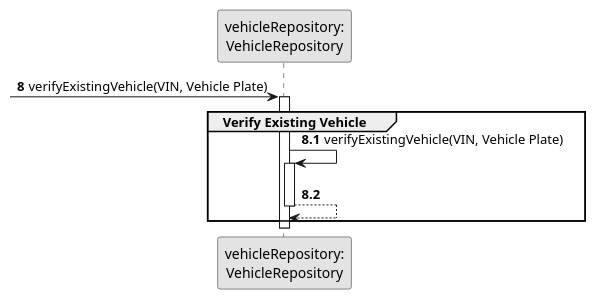
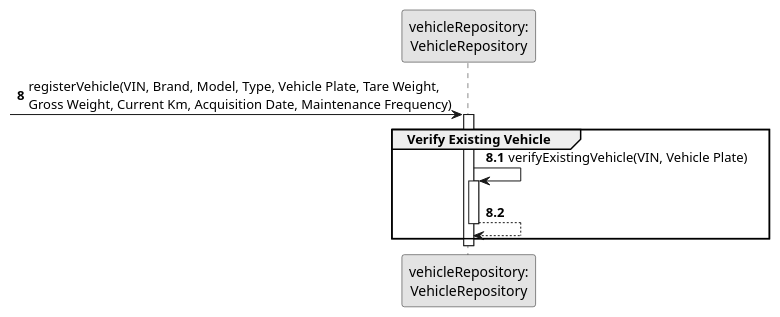
Before and after one commit to ricardomm7/leaflink: the diagram in docs/sprintB/us006/03.design/puml/us006-sequence-diagram-partial-verify-existing-vehicle.puml, drawn with PlantUML. The commit also changed 8 other files, not shown here.

```diff
--- a/docs/sprintB/us006/03.design/puml/us006-sequence-diagram-partial-verify-existing-vehicle.puml
+++ b/docs/sprintB/us006/03.design/puml/us006-sequence-diagram-partial-verify-existing-vehicle.puml
@@ -1,25 +1,25 @@
 @startuml
 skinparam monochrome true
 skinparam packageStyle rectangle
 skinparam shadowing false
 
 participant "vehicleRepository:\nVehicleRepository" as VehicleRepository
 
 autonumber 8
--> VehicleRepository  : verifyExistingVehicle(VIN, Vehicle Plate)
+-> VehicleRepository  : registerVehicle(VIN, Brand, Model, Type, Vehicle Plate, Tare Weight, \nGross Weight, Current Km, Acquisition Date, Maintenance Frequency)
 
 activate VehicleRepository
     group Verify Existing Vehicle
     autonumber 8.1
 
         VehicleRepository -> VehicleRepository: verifyExistingVehicle(VIN, Vehicle Plate)
         activate VehicleRepository
 
         VehicleRepository --> VehicleRepository
         deactivate VehicleRepository
 
     end
 deactivate VehicleRepository
 
 
 @enduml
```
